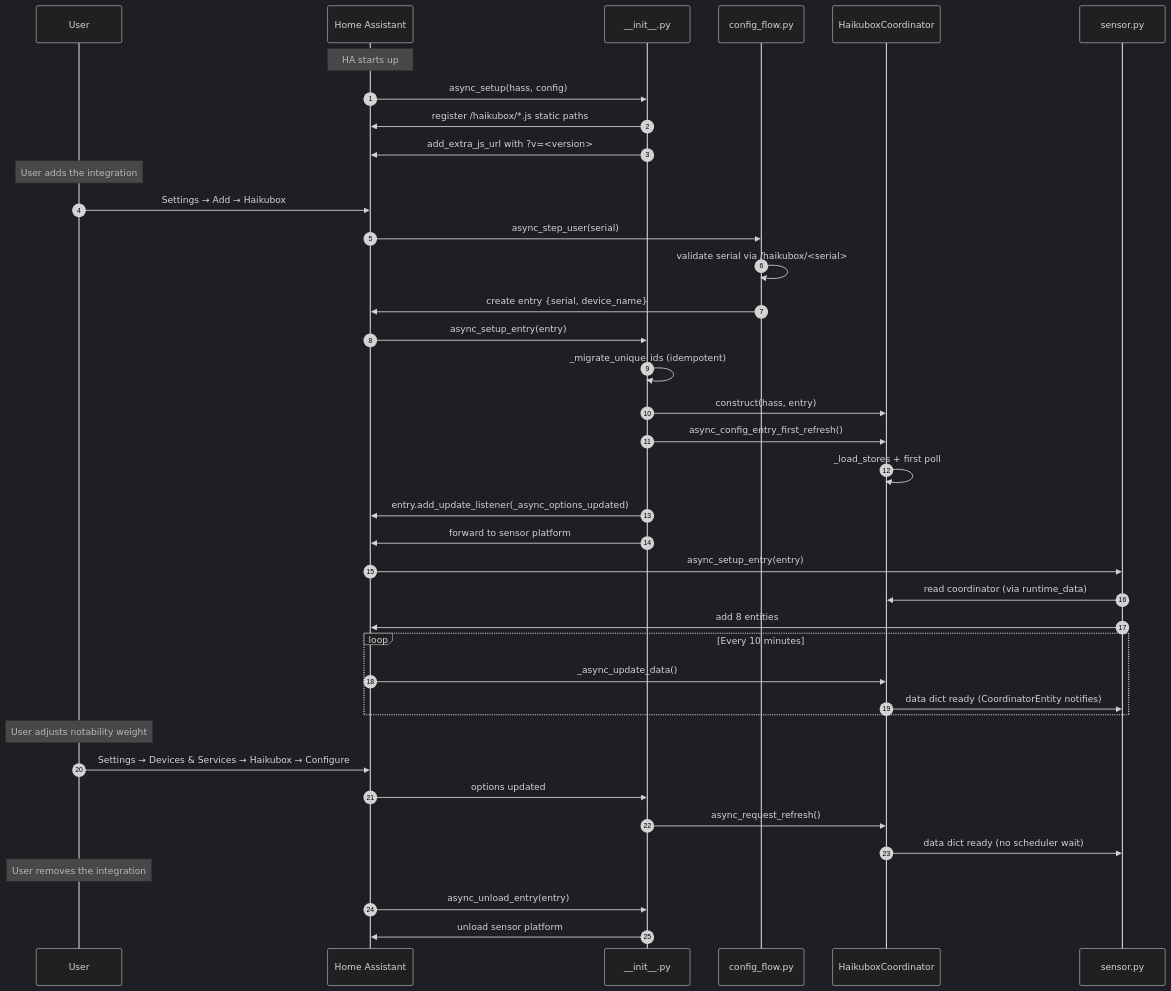
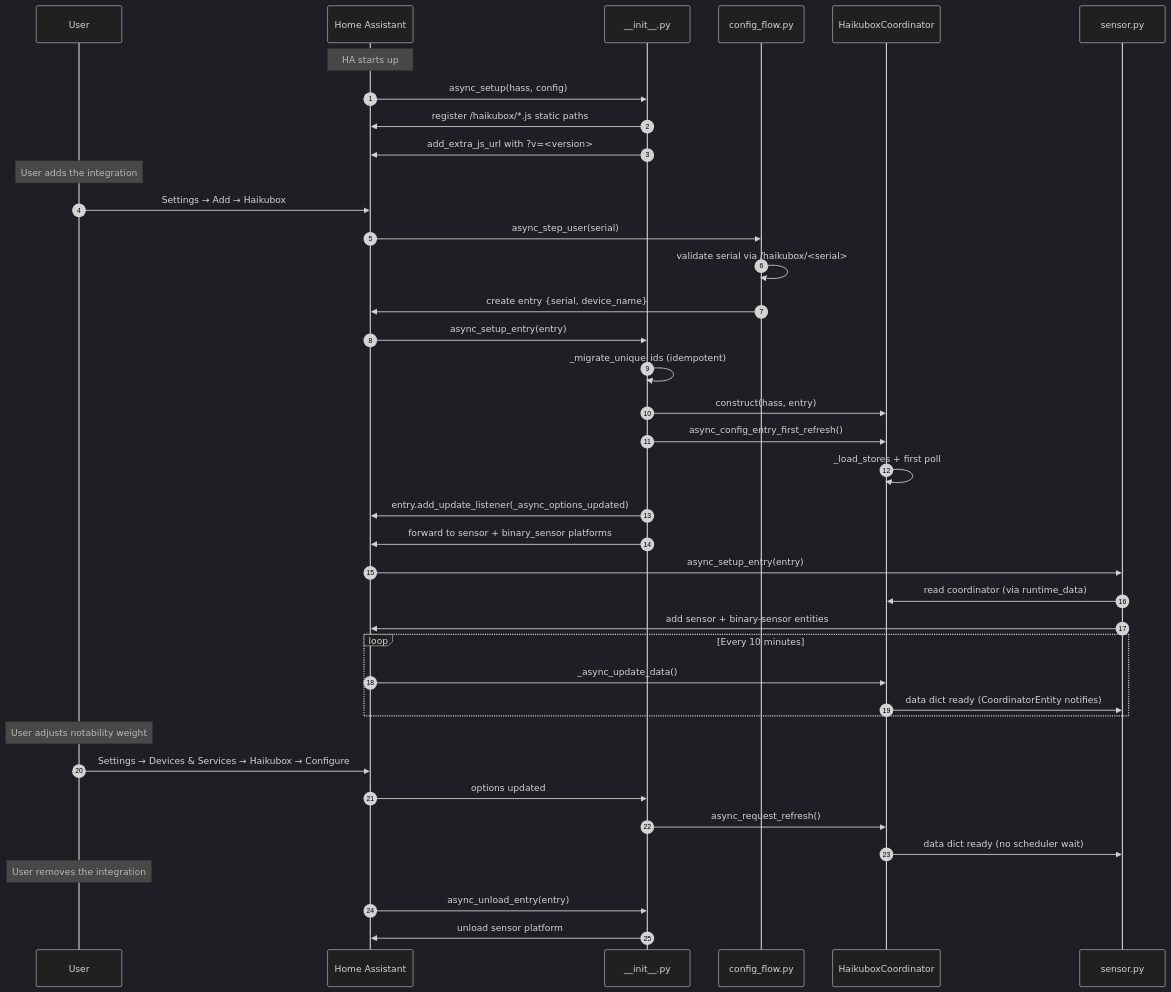
The third of 3 diagrams in docs/architecture.md (eklundjon/ha-haikubox), drawn with Mermaid (dark theme) before and after one commit. The commit also changed other lines of this file and 8 other files, not shown here.

First line of the commit message:
Add lifetime-species sensor and extended-silence binary sensor

````diff
--- a/docs/architecture.md
+++ b/docs/architecture.md
@@ -176,47 +177,47 @@
 ```mermaid
 sequenceDiagram
     autonumber
     participant User
     participant HA as Home Assistant
     participant Init as __init__.py
     participant CF as config_flow.py
     participant Coord as HaikuboxCoordinator
     participant Sensor as sensor.py
 
     Note over HA: HA starts up
     HA->>Init: async_setup(hass, config)
     Init->>HA: register /haikubox/*.js static paths
     Init->>HA: add_extra_js_url with ?v=<version>
 
     Note over User: User adds the integration
     User->>HA: Settings → Add → Haikubox
     HA->>CF: async_step_user(serial)
     CF->>CF: validate serial via /haikubox/<serial>
     CF->>HA: create entry {serial, device_name}
 
     HA->>Init: async_setup_entry(entry)
     Init->>Init: _migrate_unique_ids (idempotent)
     Init->>Coord: construct(hass, entry)
     Init->>Coord: async_config_entry_first_refresh()
     Coord->>Coord: _load_stores + first poll
     Init->>HA: entry.add_update_listener(_async_options_updated)
-    Init->>HA: forward to sensor platform
+    Init->>HA: forward to sensor + binary_sensor platforms
     HA->>Sensor: async_setup_entry(entry)
     Sensor->>Coord: read coordinator (via runtime_data)
-    Sensor->>HA: add 8 entities
+    Sensor->>HA: add sensor + binary-sensor entities
 
     loop Every 10 minutes
         HA->>Coord: _async_update_data()
         Coord->>Sensor: data dict ready (CoordinatorEntity notifies)
     end
 
     Note over User: User adjusts notability weight
     User->>HA: Settings → Devices & Services → Haikubox → Configure
     HA->>Init: options updated
     Init->>Coord: async_request_refresh()
     Coord->>Sensor: data dict ready (no scheduler wait)
 
     Note over User: User removes the integration
     HA->>Init: async_unload_entry(entry)
     Init->>HA: unload sensor platform
 ```
````
